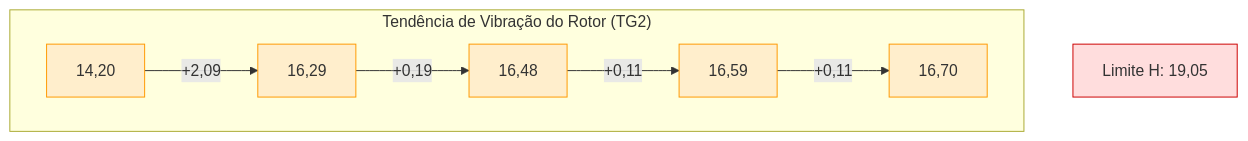
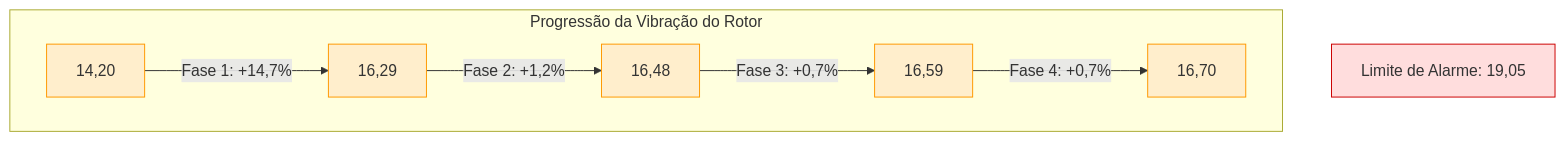
The second of 11 diagrams in Frade_TG2_Analysis.md (wonder-dmercadal/PublicReports), drawn with Mermaid before and after one commit. The commit also changed other lines of this file, not shown here.

````diff
--- a/Frade_TG2_Analysis.md
+++ b/Frade_TG2_Analysis.md
@@ -130,17 +96,17 @@
 ```mermaid
 graph TD
-    subgraph "Tendência de Vibração do Rotor (TG2)"
-    A[14,20] -->|+2,09| B[16,29]
-    B -->|+0,19| C[16,48]
-    C -->|+0,11| D[16,59]
-    D -->|+0,11| E[16,70]
+    subgraph "Progressão da Vibração do Rotor"
+    A[14,20] -->|Fase 1: +14,7%| B[16,29]
+    B -->|Fase 2: +1,2%| C[16,48]
+    C -->|Fase 3: +0,7%| D[16,59]
+    D -->|Fase 4: +0,7%| E[16,70]
     end
     
-    F[Limite H: 19,05]
+    F[Limite de Alarme: 19,05]
     
     classDef value fill:#ffeecc,stroke:#ff9900
-    classDef limit fill:#ffdddd,stroke:#cc0000
+    classDef critical fill:#ffdddd,stroke:#cc0000
     
     class A,B,C,D,E value
-    class F limit
+    class F critical
 ```
````
